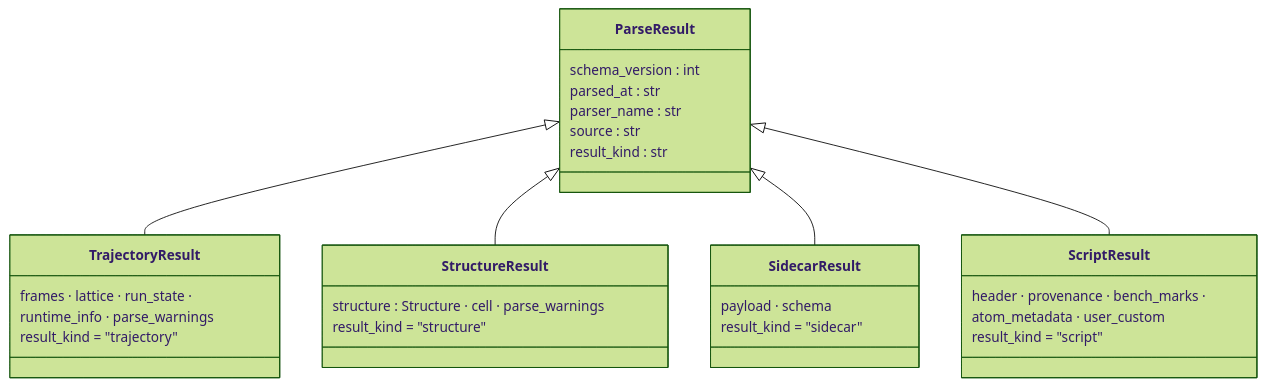
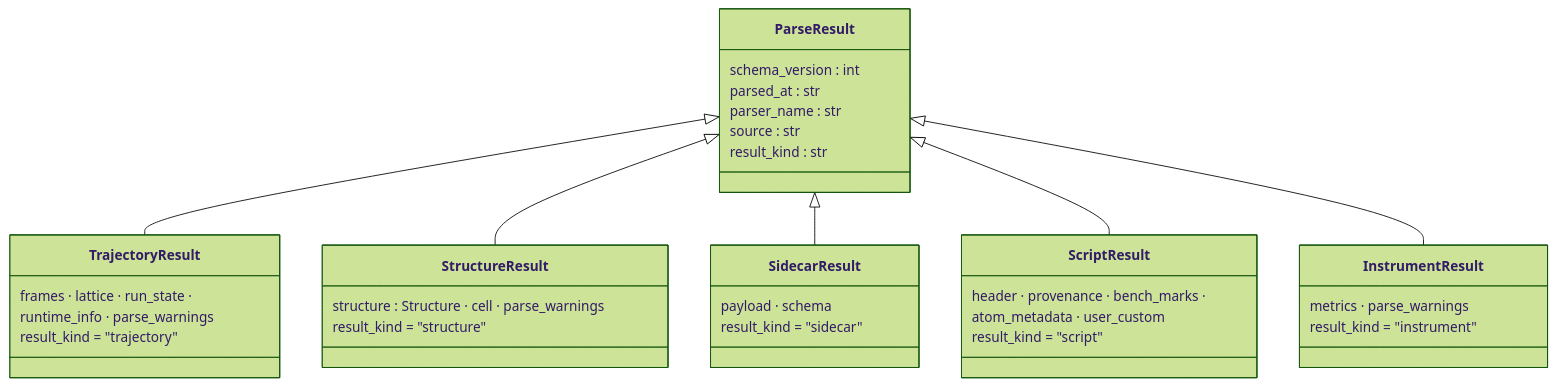
Before and after one commit to Qing-LAB/molbuilder: the first of 2 diagrams in docs/model/parse.md, drawn with Mermaid (forest theme). The commit also changed other lines of this file and 16 other files, not shown here.

````diff
--- a/docs/model/parse.md
+++ b/docs/model/parse.md
@@ -53,32 +53,37 @@
 ```mermaid
 classDiagram
     class ParseResult {
         schema_version : int
         parsed_at : str
         parser_name : str
         source : str
         result_kind : str
     }
     class TrajectoryResult {
         frames · lattice · run_state ·
         runtime_info · parse_warnings
         result_kind = "trajectory"
     }
     class StructureResult {
         structure : Structure · cell · parse_warnings
         result_kind = "structure"
     }
     class SidecarResult {
         payload · schema
         result_kind = "sidecar"
     }
     class ScriptResult {
         header · provenance · bench_marks ·
         atom_metadata · user_custom
         result_kind = "script"
     }
+    class InstrumentResult {
+        metrics · parse_warnings
+        result_kind = "instrument"
+    }
     ParseResult <|-- TrajectoryResult
     ParseResult <|-- StructureResult
     ParseResult <|-- SidecarResult
     ParseResult <|-- ScriptResult
+    ParseResult <|-- InstrumentResult
 ```
````
